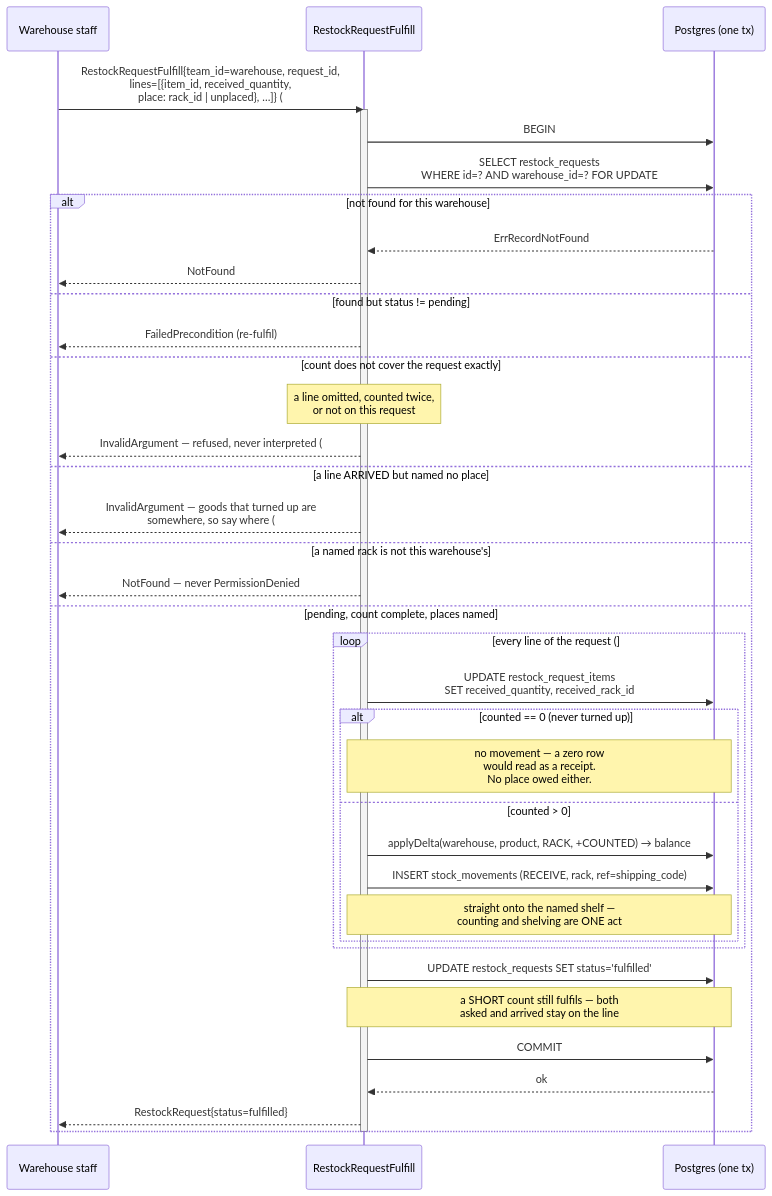
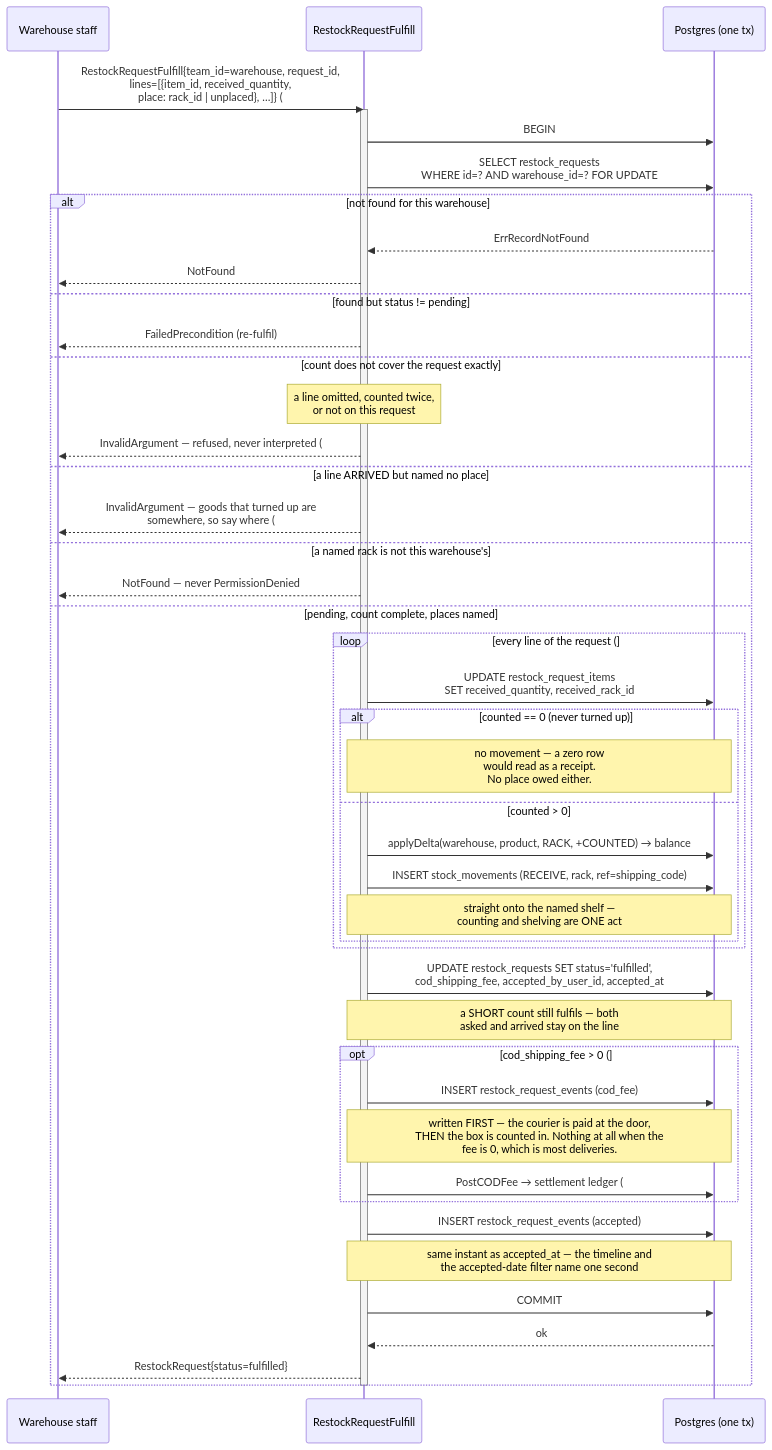
One commit to pdcgo/warehouse_revamp changed the third of 9 diagrams in docs/services/inventory_service/rpc.md. Above: the diagram before and after it, drawn with Mermaid. The commit also changed other lines of this file and 127 other files, not shown here.

````diff
--- a/docs/services/inventory_service/rpc.md
+++ b/docs/services/inventory_service/rpc.md
@@ -154,41 +171,48 @@
 ```mermaid
 sequenceDiagram
     participant W as Warehouse staff
     participant H as RestockRequestFulfill
     participant DB as Postgres (one tx)
 
     W->>H: RestockRequestFulfill{team_id=warehouse, request_id,<br/>lines=[{item_id, received_quantity,<br/>place: rack_id | unplaced}, …]} (#133/#137)
     activate H
     H->>DB: BEGIN
     H->>DB: SELECT restock_requests<br/>WHERE id=? AND warehouse_id=? FOR UPDATE
     alt not found for this warehouse
         DB-->>H: ErrRecordNotFound
         H-->>W: NotFound
     else found but status != pending
         H-->>W: FailedPrecondition (re-fulfil)
     else count does not cover the request exactly
         Note over H: a line omitted, counted twice,<br/>or not on this request
         H-->>W: InvalidArgument — refused, never interpreted (#133)
     else a line ARRIVED but named no place
         H-->>W: InvalidArgument — goods that turned up are<br/>somewhere, so say where (#137)
     else a named rack is not this warehouse's
         H-->>W: NotFound — never PermissionDenied
     else pending, count complete, places named
         loop every line of the request (#124)
             H->>DB: UPDATE restock_request_items<br/>SET received_quantity, received_rack_id
             alt counted == 0 (never turned up)
                 Note over H,DB: no movement — a zero row<br/>would read as a receipt.<br/>No place owed either.
             else counted > 0
                 H->>DB: applyDelta(warehouse, product, RACK, +COUNTED) → balance
                 H->>DB: INSERT stock_movements (RECEIVE, rack, ref=shipping_code)
                 Note over H,DB: straight onto the named shelf —<br/>counting and shelving are ONE act
             end
         end
-        H->>DB: UPDATE restock_requests SET status='fulfilled'
+        H->>DB: UPDATE restock_requests SET status='fulfilled',<br/>cod_shipping_fee, accepted_by_user_id, accepted_at
         Note over H,DB: a SHORT count still fulfils — both<br/>asked and arrived stay on the line
+        opt cod_shipping_fee > 0 (#155)
+            H->>DB: INSERT restock_request_events (cod_fee)
+            Note over H,DB: written FIRST — the courier is paid at the door,<br/>THEN the box is counted in. Nothing at all when the<br/>fee is 0, which is most deliveries.
+            H->>DB: PostCODFee → settlement ledger (#184)
+        end
+        H->>DB: INSERT restock_request_events (accepted)
+        Note over H,DB: same instant as accepted_at — the timeline and<br/>the accepted-date filter name one second
         H->>DB: COMMIT
         DB-->>H: ok
         H-->>W: RestockRequest{status=fulfilled}
     end
     deactivate H
 ```
````
